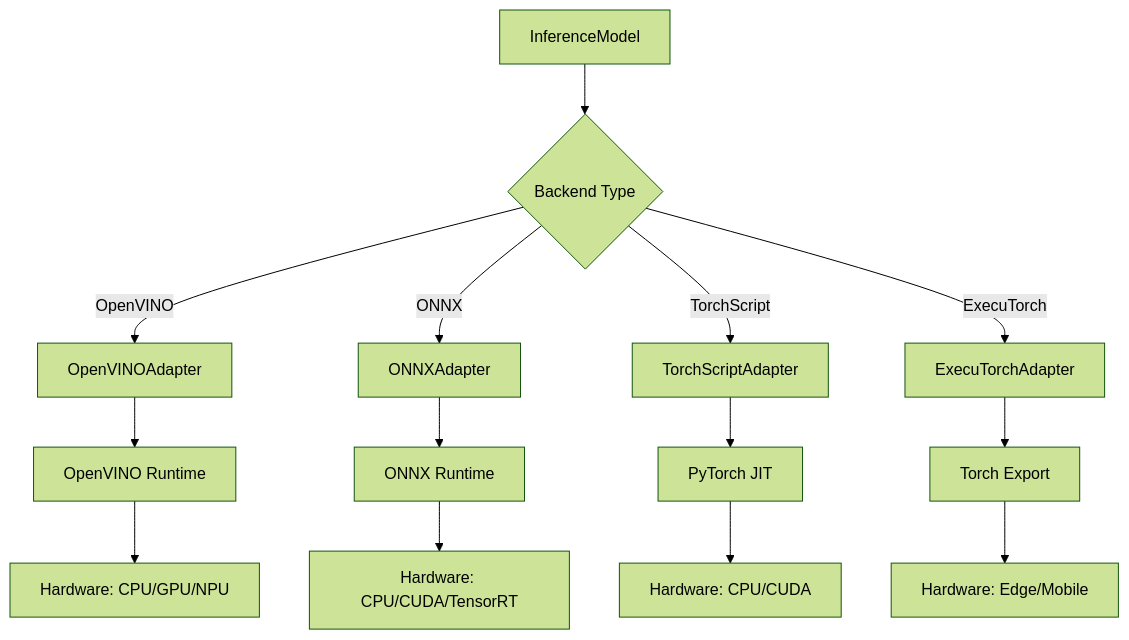
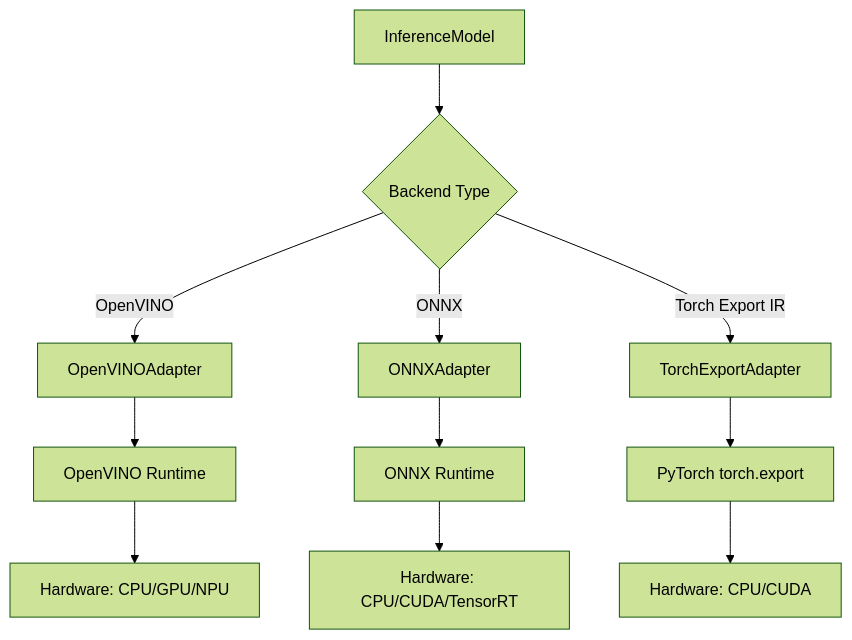
One commit to open-edge-platform/physical-ai-studio changed the first of 4 diagrams in library/docs/design/inference/overview.md. Above: the diagram before and after it, drawn with Mermaid (forest theme). The commit also changed other lines of this file and 10 other files, not shown here.

````diff
--- a/library/docs/design/inference/overview.md
+++ b/library/docs/design/inference/overview.md
@@ -64,18 +65,15 @@
 ```mermaid
 graph TD
     A[InferenceModel] --> B{Backend Type}
     B -->|OpenVINO| C[OpenVINOAdapter]
     B -->|ONNX| D[ONNXAdapter]
-    B -->|TorchScript| E[TorchScriptAdapter]
-    B -->|ExecuTorch| F[ExecuTorchAdapter]
+    B -->|Torch Export IR| E[TorchExportAdapter]
 
-    C --> G[OpenVINO Runtime]
-    D --> H[ONNX Runtime]
-    E --> I[PyTorch JIT]
-    F --> J[Torch Export]
+    C --> F[OpenVINO Runtime]
+    D --> G[ONNX Runtime]
+    E --> H[PyTorch torch.export]
 
-    G --> K[Hardware: CPU/GPU/NPU]
-    H --> L[Hardware: CPU/CUDA/TensorRT]
-    I --> M[Hardware: CPU/CUDA]
-    J --> N[Hardware: Edge/Mobile]
+    F --> I[Hardware: CPU/GPU/NPU]
+    G --> J[Hardware: CPU/CUDA/TensorRT]
+    H --> K[Hardware: CPU/CUDA]
 ```
````
